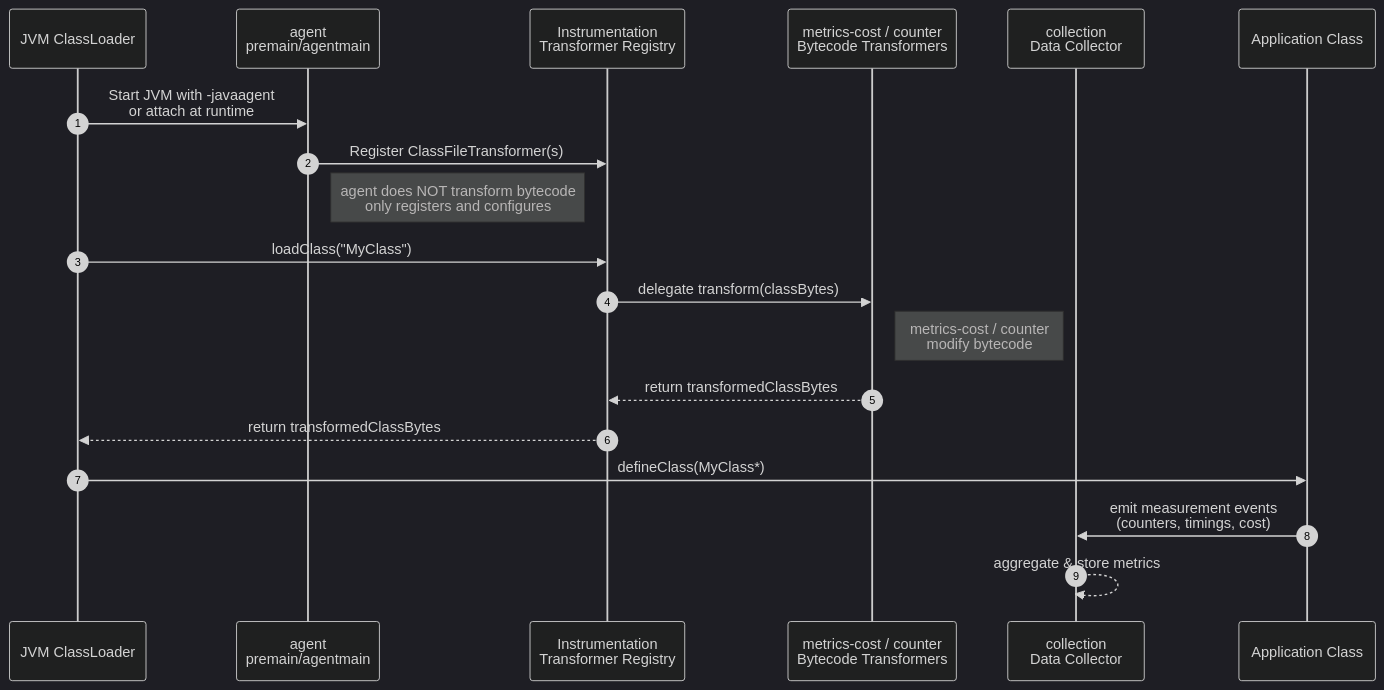
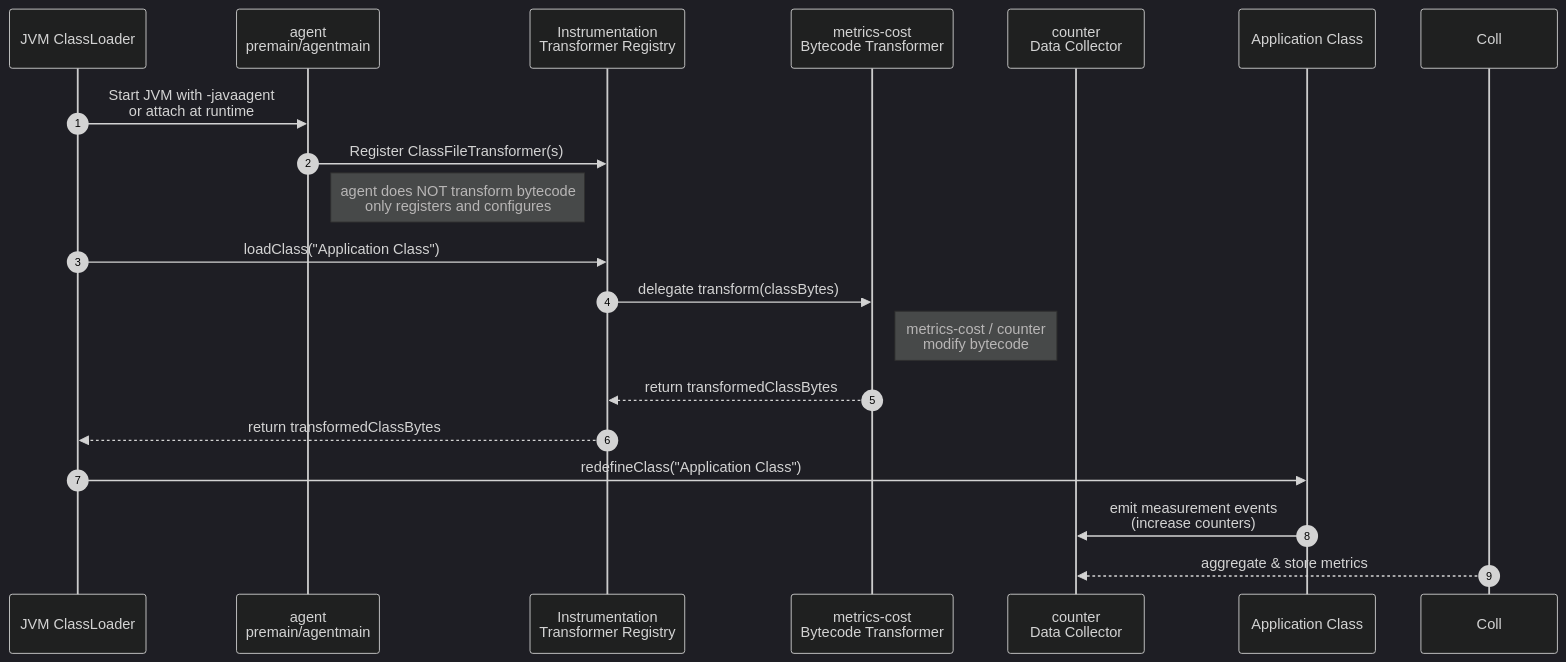
The third of 3 diagrams in architecture.md (conetex/org-conetex-runtime-instrument), drawn with Mermaid (dark theme) before and after one commit. The commit also changed other lines of this file, not shown here.

````diff
--- a/architecture.md
+++ b/architecture.md
@@ -97,27 +84,27 @@
 ```mermaid
 sequenceDiagram
 autonumber
 
     participant JVM as JVM ClassLoader
     participant Agent as agent<br/>premain/agentmain
     participant Trans as Instrumentation<br/>Transformer Registry
-    participant MC as metrics-cost / counter<br/>Bytecode Transformers
-    participant Coll as collection<br/>Data Collector
+    participant MC as metrics-cost<br/>Bytecode Transformer
+    participant Co as counter<br/>Data Collector
     participant App as Application Class
 
     JVM->>Agent: Start JVM with -javaagent<br/>or attach at runtime
     Agent->>Trans: Register ClassFileTransformer(s)
     Note right of Agent: agent does NOT transform bytecode<br/>only registers and configures
 
-    JVM->>Trans: loadClass("MyClass")
+    JVM->>Trans: loadClass("Application Class")
     Trans->>MC: delegate transform(classBytes)
     Note right of MC: metrics-cost / counter<br/>modify bytecode
 
     MC-->>Trans: return transformedClassBytes
     Trans-->>JVM: return transformedClassBytes
 
-    JVM->>App: defineClass(MyClass*)
+    JVM->>App: redefineClass("Application Class")
 
-    App->>Coll: emit measurement events<br/>(counters, timings, cost)
-    Coll-->>Coll: aggregate & store metrics
+    App->>Co: emit measurement events<br/>(increase counters)
+    Coll-->>Co: aggregate & store metrics
 ```
````
